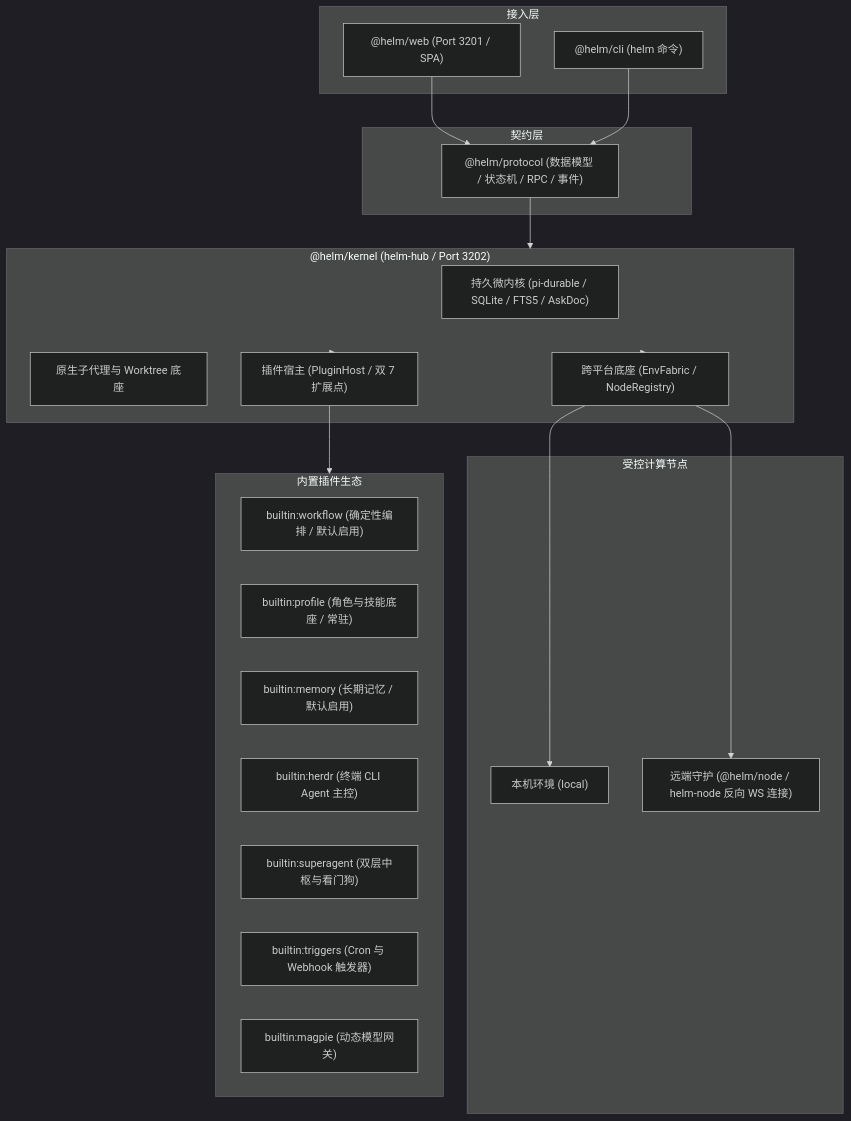
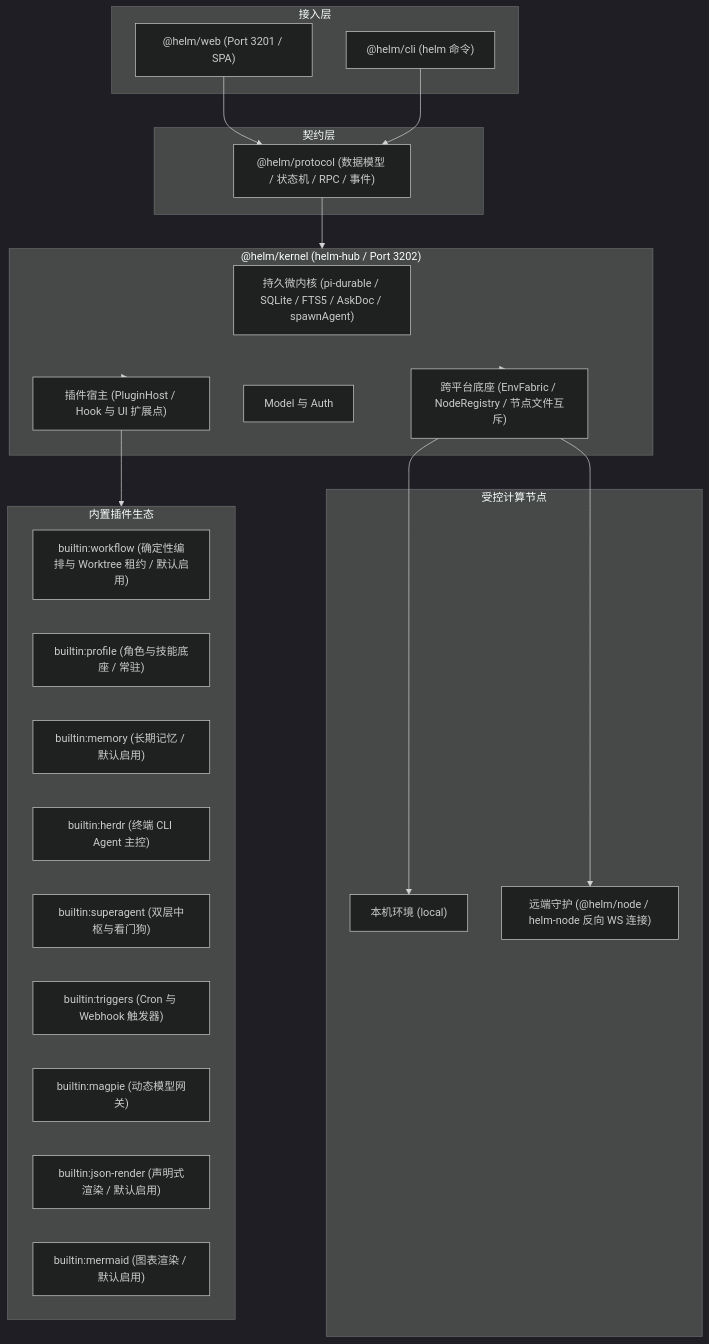
One commit to team4u/helm changed the diagram in README.md. Above: the diagram before and after it, drawn with Mermaid (dark theme). The commit also changed other lines of this file and 10 other files, not shown here.

Commit message:
docs(architecture): 微内核瘦身契约同步——移除双7对称与watchdog_tick、Worktree迁入workflow、client.tsx单轨与json-render/mermaid插件化

````diff
--- a/README.md
+++ b/README.md
@@ -51,42 +51,44 @@
 ```mermaid
 flowchart TD
     subgraph Client["接入层"]
         Web["@helm/web (Port 3201 / SPA)"]
         CLI["@helm/cli (helm 命令)"]
     end
 
     subgraph Protocol["契约层"]
         Prot["@helm/protocol (数据模型 / 状态机 / RPC / 事件)"]
     end
 
     subgraph Kernel["@helm/kernel (helm-hub / Port 3202)"]
-        Durable["持久微内核 (pi-durable / SQLite / FTS5 / AskDoc)"]
-        Spawn["原生子代理与 Worktree 底座"]
-        Fabric["跨平台底座 (EnvFabric / NodeRegistry)"]
-        Host["插件宿主 (PluginHost / 双 7 扩展点)"]
+        Durable["持久微内核 (pi-durable / SQLite / FTS5 / AskDoc / spawnAgent)"]
+        Fabric["跨平台底座 (EnvFabric / NodeRegistry / 节点文件互斥)"]
+        ModelAuth["Model 与 Auth"]
+        Host["插件宿主 (PluginHost / Hook 与 UI 扩展点)"]
     end
 
     subgraph Nodes["受控计算节点"]
         Local["本机环境 (local)"]
         Remote["远端守护 (@helm/node / helm-node 反向 WS 连接)"]
     end
 
     subgraph Plugins["内置插件生态"]
-        P0["builtin:workflow (确定性编排 / 默认启用)"]
+        P0["builtin:workflow (确定性编排与 Worktree 租约 / 默认启用)"]
         P1["builtin:profile (角色与技能底座 / 常驻)"]
         P1M["builtin:memory (长期记忆 / 默认启用)"]
         P2["builtin:herdr (终端 CLI Agent 主控)"]
         P3["builtin:superagent (双层中枢与看门狗)"]
         P4["builtin:triggers (Cron 与 Webhook 触发器)"]
         P5["builtin:magpie (动态模型网关)"]
+        P6["builtin:json-render (声明式渲染 / 默认启用)"]
+        P7["builtin:mermaid (图表渲染 / 默认启用)"]
     end
 
     Web --> Prot
     CLI --> Prot
     Prot --> Kernel
     Kernel --> Fabric
     Fabric --> Local
     Fabric --> Remote
     Kernel --> Host
     Host --> Plugins
 ```
````
